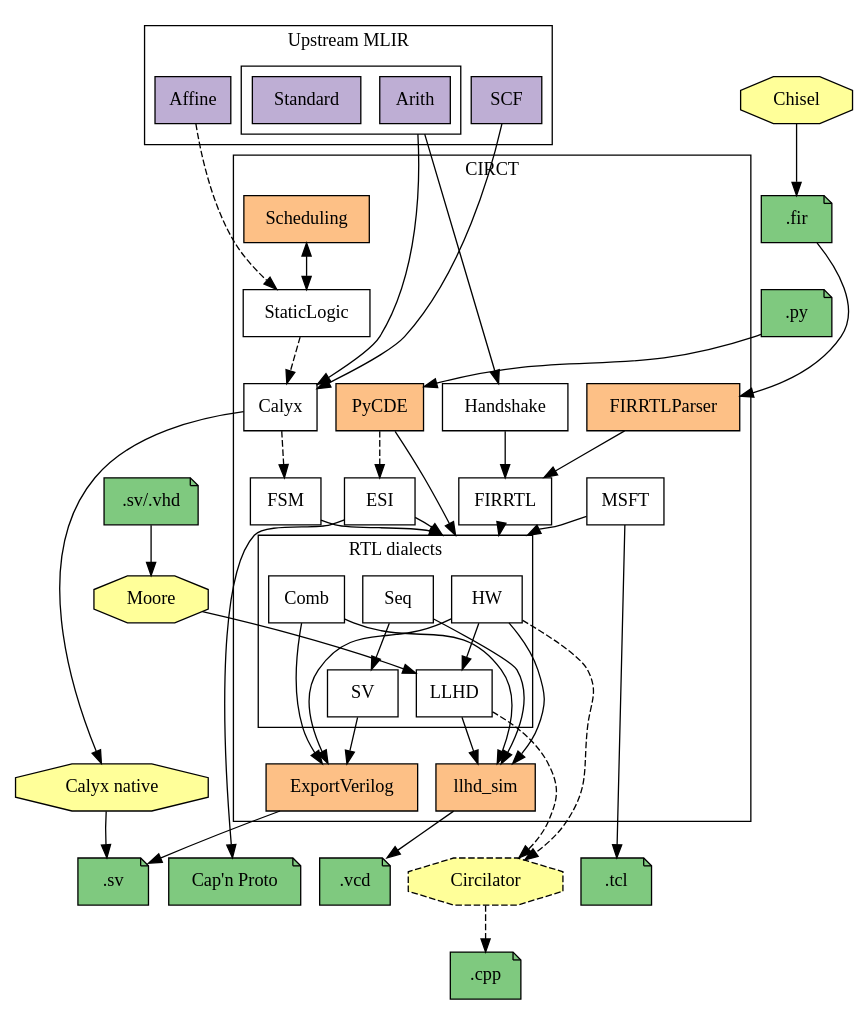
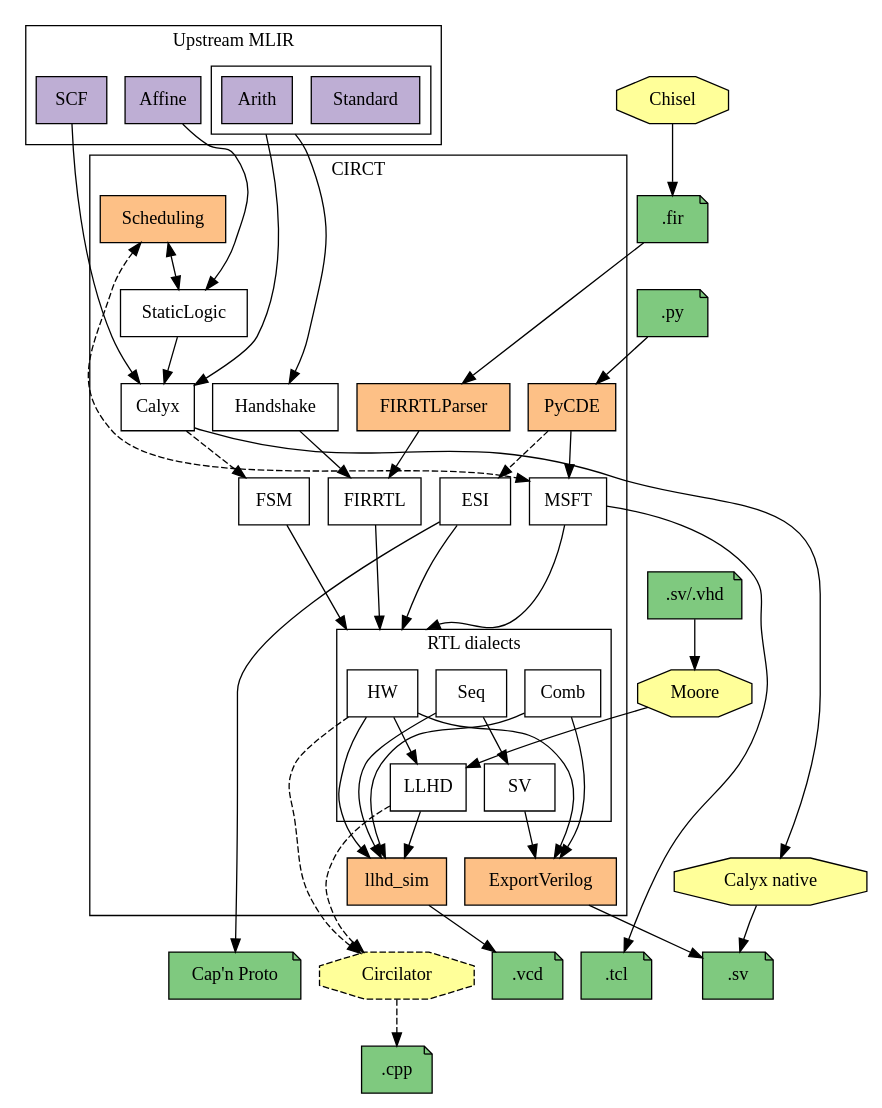
One commit to thomasnormal/circt changed the diagram in docs/dialects.dot. Above: the diagram before and after it, drawn with Graphviz. The commit also changed 2 other files, not shown here.

Commit message:
Update dialect overview diagram (#2976)

```diff
--- a/docs/dialects.dot
+++ b/docs/dialects.dot
@@ -1,115 +1,128 @@
 digraph G {
   // Note: Remember to run the circt/utils/update-docs-dialects.sh script after
   // modifying this file to regenerate the .svg and .png renders of the graph.
   rankdir = TB
   splines=spline
   node [shape=box style=filled fillcolor="white"]
   nodesep=0.2 // horizontal compression
   ranksep=0.5 // vertical compression
   compound=true
 
   // MLIR dialects
   subgraph cluster_mlir {
     label = "Upstream MLIR";
     node [fillcolor="#beaed4"]
     SCF Affine
     subgraph cluster_std_arith_dialect {
       label = ""
       Standard Arith
     }
   }
 
   subgraph cluster_circt {
     label = "CIRCT"
     // CIRCT dialects
     Handshake [URL="https://circt.llvm.org/docs/Dialects/Handshake/"]
     Calyx [URL="https://circt.llvm.org/docs/Dialects/Calyx/"]
     FIRRTL [URL="https://circt.llvm.org/docs/Dialects/FIRRTL/"]
     StaticLogic [URL="https://circt.llvm.org/docs/Dialects/StaticLogic/"]
     MSFT [URL="https://circt.llvm.org/docs/Dialects/MSFT/"]
     ESI [URL="https://circt.llvm.org/docs/Dialects/ESI/"]
     FSM [URL="https://circt.llvm.org/docs/Dialects/FSM/"]
 
+    // Invisible node to make space for RTL cluster's incoming edges.
+    space_above_RTL [style = invis, label=""]
+
     subgraph cluster_RTL {
       label = "RTL dialects"
       Seq [URL="https://circt.llvm.org/docs/Dialects/Seq/"]
       HW [URL="https://circt.llvm.org/docs/Dialects/HW/"]
       SV [URL="https://circt.llvm.org/docs/Dialects/SV/"]
       Comb [URL="https://circt.llvm.org/docs/Dialects/Comb/"]
       LLHD [URL="https://circt.llvm.org/docs/Dialects/LLHD/"]
     }
 
     // Internal tools
     subgraph internal_tools{
       node [fillcolor="#fdc086"]
-      ExportVerilog FIRRTLParser Scheduling llhd_sim PyCDE
+      FIRRTLParser llhd_sim
+      ExportVerilog [URL="https://circt.llvm.org/docs/VerilogGeneration/"]
+      PyCDE [URL="https://circt.llvm.org/docs/PyCDE/"]
+      Scheduling [URL="https://circt.llvm.org/docs/Scheduling/"]
     }
   }
 
   // External tools
   subgraph external_tools {
     node [shape=octagon fillcolor="#ffff99"]
     Moore Chisel
     Calyx_native [label="Calyx native"]
     Circilator [style="dashed,filled"]
   }
 
   // File formats
   subgraph file_formats {
     node [fillcolor="#7fc97f" shape="note"]
     VCDTrace [label=".vcd"]
     CPPFile [label=".cpp"]
     SVFile [label=".sv"]
     CapNProto [label="Cap'n Proto"]
     TCL [label=".tcl"]
     FIRFile [label=".fir"]
     SVVHDL [label=".sv/.vhd"]
     PyFile [label=".py"]
   }
 
   // ===== Connections =====
   // Dialect conversions
   SCF -> Calyx
-  Affine -> StaticLogic [style=dashed]
-  StaticLogic -> Calyx [style=dashed]
+  Affine -> StaticLogic
+  StaticLogic -> Calyx
   Arith -> {Handshake Calyx} [ltail=cluster_std_arith_dialect]
 
   Handshake -> FIRRTL
   Calyx -> FSM [style=dashed]
 
   // Things that lower into a subset of the RTL-like dialects. Cluster these
   // together to avoid a massive clutter.
-  {FIRRTL FSM ESI MSFT PyCDE} -> HW [lhead=cluster_RTL]
+  {FIRRTL FSM ESI MSFT} -> HW [lhead=cluster_RTL]
   Seq -> SV
   HW -> LLHD
   Comb -> ExportVerilog
 
   // Tool flows
   Scheduling -> StaticLogic [dir=both]
   Chisel -> FIRFile
   FIRFile -> FIRRTLParser
   FIRRTLParser -> FIRRTL
   {HW SV} -> ExportVerilog
   SVVHDL -> Moore [weight=999]
   Moore -> LLHD
   {LLHD HW} -> Circilator [style=dashed]
   Calyx -> Calyx_native
   {Calyx_native ExportVerilog} -> SVFile
   Circilator -> CPPFile [style=dashed]
   {LLHD Comb HW Seq} -> llhd_sim
   llhd_sim -> VCDTrace
   ESI -> CapNProto
   MSFT -> TCL
   PyFile -> PyCDE
   PyCDE -> ESI [style=dashed]
+  PyCDE -> MSFT
+  Scheduling -> MSFT [dir=both, style=dashed]
 
   // ====== Some fake edges to coerce a good layout ======
   // Note: Modify these if you make changes to the above diagram, and things
   // start looking weird.
-  Standard -> Scheduling [weight=999 style=invis]
+  Affine -> Scheduling [weight=999 style=invis]
   FIRFile -> PyFile [weight=999 style=invis]
+
+  // Leave one rank free above the RTL cluster to improve routing of incoming
+  // edges.
+  {FIRRTL FSM ESI MSFT} -> space_above_RTL [weight=999, style=invis]
+  space_above_RTL -> {Seq HW Comb} [lhead=cluster_RTL, weight=999, style=invis]
 
   // Fix the following sink nodes below the CIRCT cluster
   llhd_sim -> {SVFile Circilator TCL CapNProto} [weight=999 style=invis]
   Calyx_native -> SVFile [weight=999 style=invis]
 }
```
